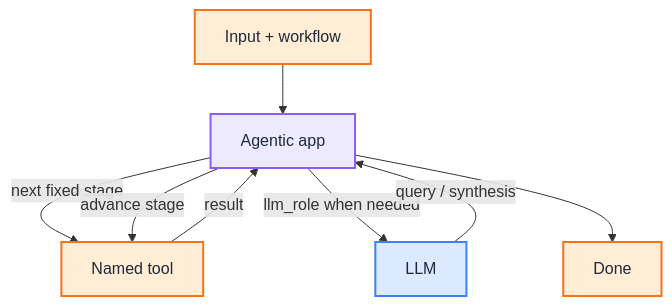
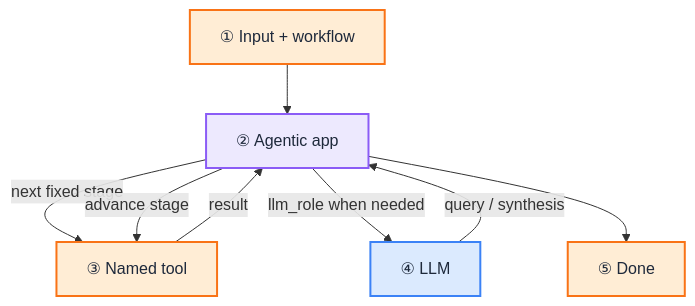
One commit to iamsharmajitender/gain changed the fourth of 8 diagrams in docs/insights/2026-08-05-enterprise-ai-workflow-patterns-autonomy-vs-control/enterprise-ai-workflow-patterns-autonomy-vs-control.mdx. Above: the diagram before and after it, drawn with Mermaid. The commit also changed other lines of this file and 201 other files, not shown here.

````diff
--- a/docs/insights/2026-08-05-enterprise-ai-workflow-patterns-autonomy-vs-control/enterprise-ai-workflow-patterns-autonomy-vs-control.mdx
+++ b/docs/insights/2026-08-05-enterprise-ai-workflow-patterns-autonomy-vs-control/enterprise-ai-workflow-patterns-autonomy-vs-control.mdx
@@ -650,18 +661,18 @@
 ```mermaid
 flowchart TB
-    Input[Input + workflow] --> App[Agentic app]
-    App -->|"next fixed stage"| Tool[Named tool]
+    Input["① Input + workflow"] --> App["② Agentic app"]
+    App -->|"next fixed stage"| Tool["③ Named tool"]
     Tool -->|"result"| App
-    App -->|"llm_role when needed"| LLM[LLM]
+    App -->|"llm_role when needed"| LLM["④ LLM"]
     LLM -->|"query / synthesis"| App
     App -->|"advance stage"| Tool
-    App --> Done[Done]
+    App --> Done["⑤ Done"]
 
     classDef app fill:#ede9fe,stroke:#8b5cf6,color:#1e293b,stroke-width:2px
     classDef llm fill:#dbeafe,stroke:#3b82f6,color:#1e293b,stroke-width:2px
     classDef other fill:#ffedd5,stroke:#f97316,color:#1e293b,stroke-width:2px
 
     class App app
     class LLM llm
     class Input,Tool,Done other
 ```
````
